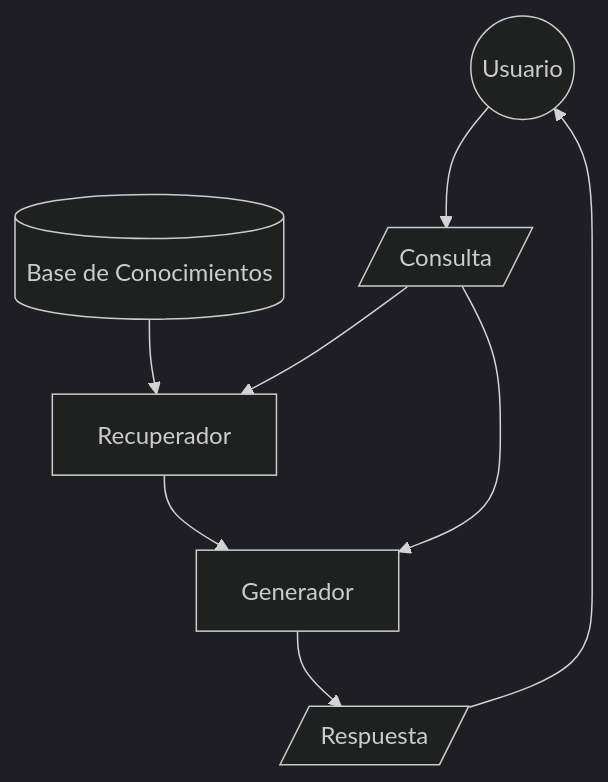
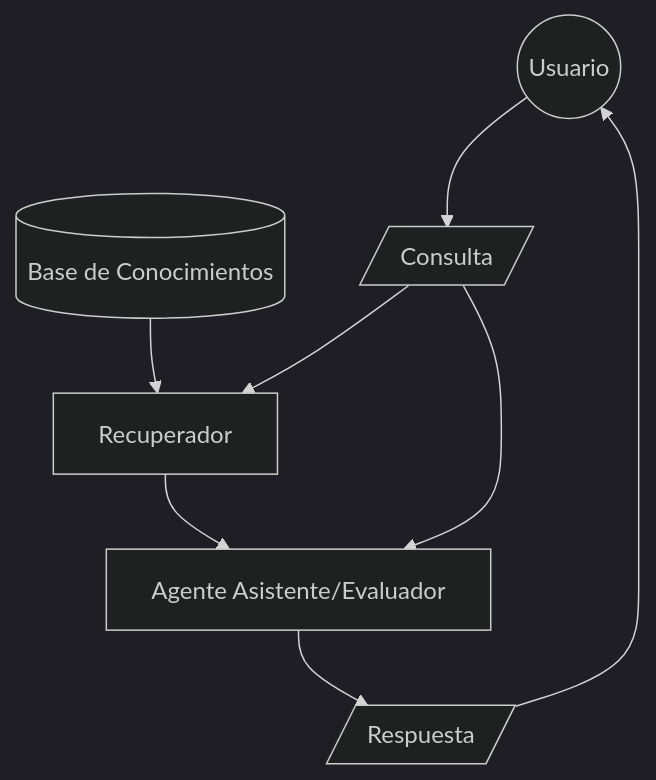
Diagram 11 of 11 in slides.md (EmaSuriano/language-learning-slidev), drawn with Mermaid (dark theme) before and after one commit. The commit also changed other lines of this file, not shown here.

````diff
--- a/slides.md
+++ b/slides.md
@@ -698,10 +717,10 @@
 ```mermaid {scale: 0.8}
 flowchart TB
     U((Usuario)) --> Q[/Consulta/]
     BD[(Base de Conocimientos)] --> R
     Q --> R[Recuperador]
-    R --> G[Generador]
+    R --> G[Agente Asistente/Evaluador]
     Q --> G
     G --> A[/Respuesta/]
     A --> U
 ```
````
